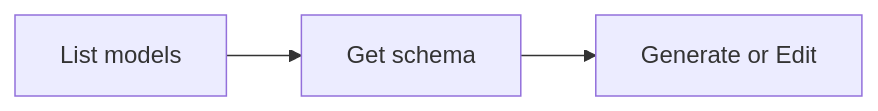
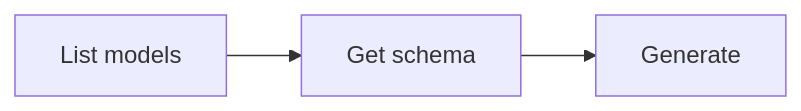
One commit to anycap-ai/anycap changed the diagram in skills/anycap-cli/references/generation.md. Above: the diagram before and after it, drawn with Mermaid. The commit also changed other lines of this file and 7 other files, not shown here.

````diff
--- a/skills/anycap-cli/references/generation.md
+++ b/skills/anycap-cli/references/generation.md
@@ -14,5 +14,5 @@
 ```mermaid
 graph LR
     A[List models] --> B[Get schema]
-    B --> C[Generate or Edit]
+    B --> C[Generate]
 ```
````
